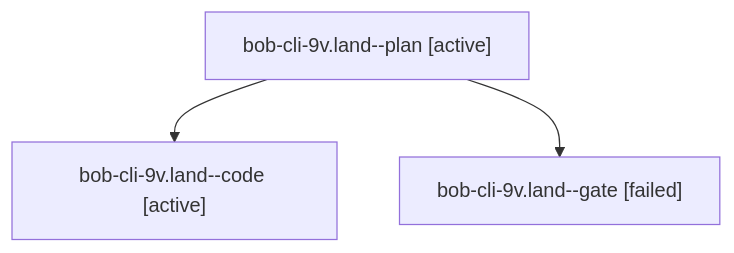
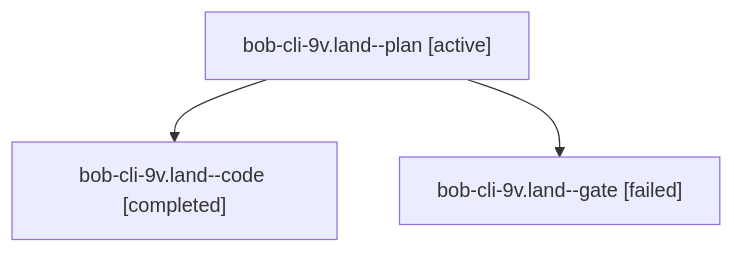
One commit to bobs-org/bob-cli--agents changed the diagram in sessions/bbugyi200.athena.bob-cli-9v.land.md. Above: the diagram before and after it, drawn with Mermaid. The commit also changed other lines of this file and 48 other files, not shown here.

````diff
--- a/sessions/bbugyi200.athena.bob-cli-9v.land.md
+++ b/sessions/bbugyi200.athena.bob-cli-9v.land.md
@@ -9,8 +9,8 @@
 ```mermaid
 flowchart TD
   n0["bob-cli-9v.land--plan [active]"]
-  n1["bob-cli-9v.land--code [active]"]
+  n1["bob-cli-9v.land--code [completed]"]
   n0 --> n1
   n2["bob-cli-9v.land--gate [failed]"]
   n0 --> n2
 ```
````
